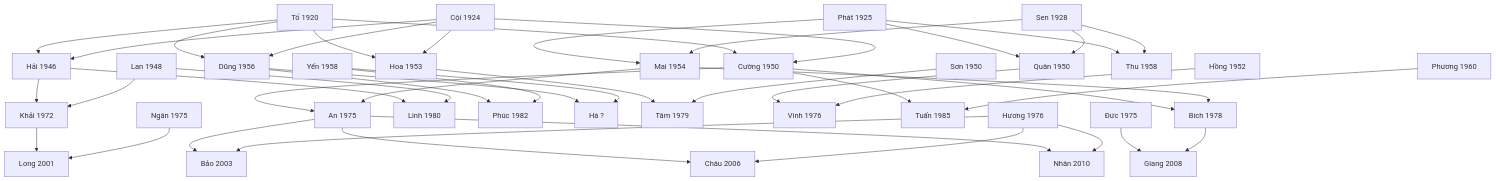
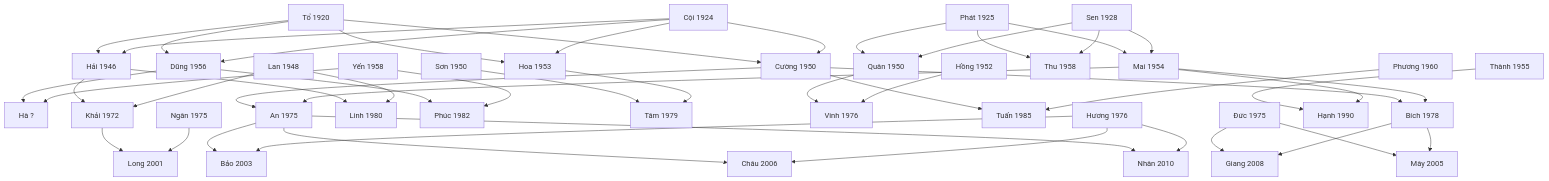
One commit to ngthanhtuann/java changed the diagram in docs/02-design/algorithm-relationship.md. Above: the diagram before and after it, drawn with Mermaid. The commit also changed other lines of this file, not shown here.

````diff
--- a/docs/02-design/algorithm-relationship.md
+++ b/docs/02-design/algorithm-relationship.md
@@ -194,6 +266,9 @@
 flowchart TD
   To["Tổ 1920"]
   Co["Cội 1924"]
+  Phat["Phát 1925"]
+  Sen["Sen 1928"]
+  Ha["Hà ?"]
   Hai["Hải 1946"]
   Cuong["Cường 1950"]
   Hoa["Hoa 1953"]
@@ -201,27 +276,27 @@
   Lan["Lan 1948"]
   Yen["Yến 1958"]
   Son["Sơn 1950"]
-  Phat["Phát 1925"]
-  Sen["Sen 1928"]
   Quan["Quân 1950"]
   Mai["Mai 1954"]
   Thu["Thu 1958"]
   Hong["Hồng 1952"]
   Phuong["Phương 1960"]
+  Thanh["Thành 1955"]
   An["An 1975"]
   Bich["Bích 1978"]
   Khai["Khải 1972"]
   Linh["Linh 1980"]
   Phuc["Phúc 1982"]
-  Ha["Hà ?"]
   Tam["Tâm 1979"]
   Vinh["Vinh 1976"]
   Tuan["Tuấn 1985"]
   Huong["Hương 1976"]
   Duc["Đức 1975"]
+  Hanh["Hạnh 1990"]
   Bao["Bảo 2003"]
   Chau["Châu 2006"]
   Giang["Giang 2008"]
+  May["Mây 2005"]
   Nhan["Nhân 2010"]
   Long["Long 2001"]
   Ngan["Ngân 1975"]
@@ -241,8 +316,8 @@
   Yen-->Phuc
   Dung-->Ha
   Yen-->Ha
+  Son-->Tam
   Hoa-->Tam
-  Son-->Tam
   Phat-->Mai
   Sen-->Mai
   Phat-->Quan
@@ -257,6 +332,8 @@
   Mai-->Bich
   Cuong-->Tuan
   Phuong-->Tuan
+  Thanh-->Hanh
+  Mai-->Hanh
   An-->Bao
   Huong-->Bao
   An-->Chau
@@ -265,6 +342,8 @@
   Huong-->Nhan
   Duc-->Giang
   Bich-->Giang
+  Duc-->May
+  Bich-->May
   Khai-->Long
   Ngan-->Long
 ```
````
